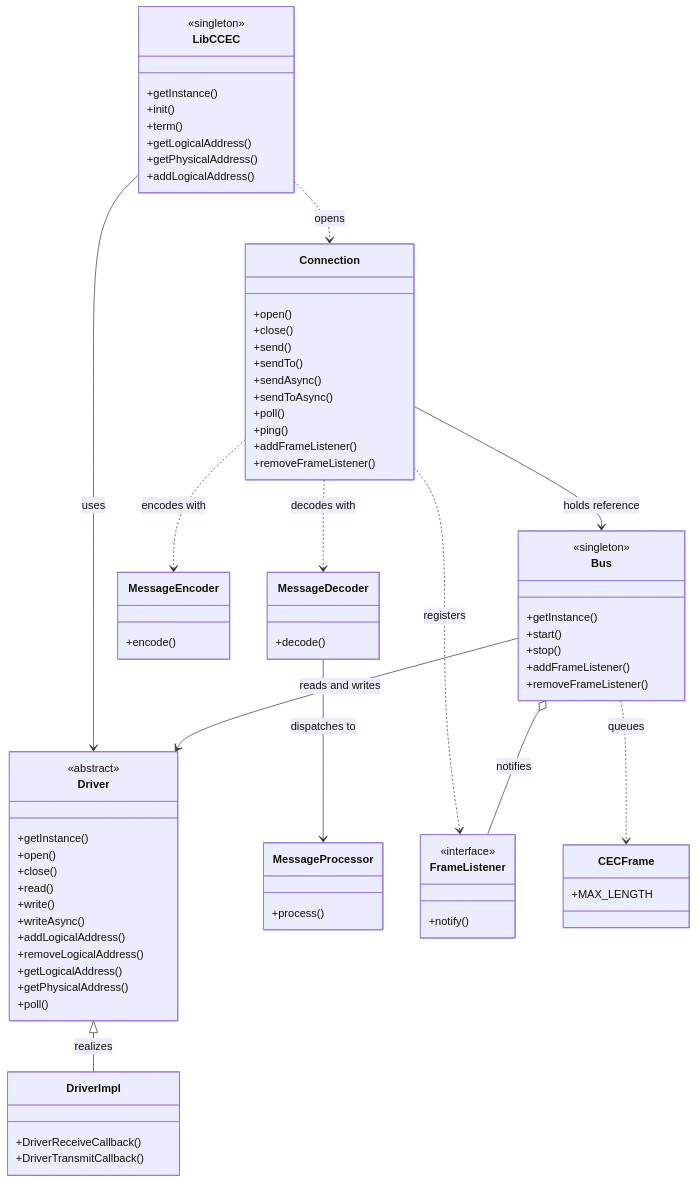
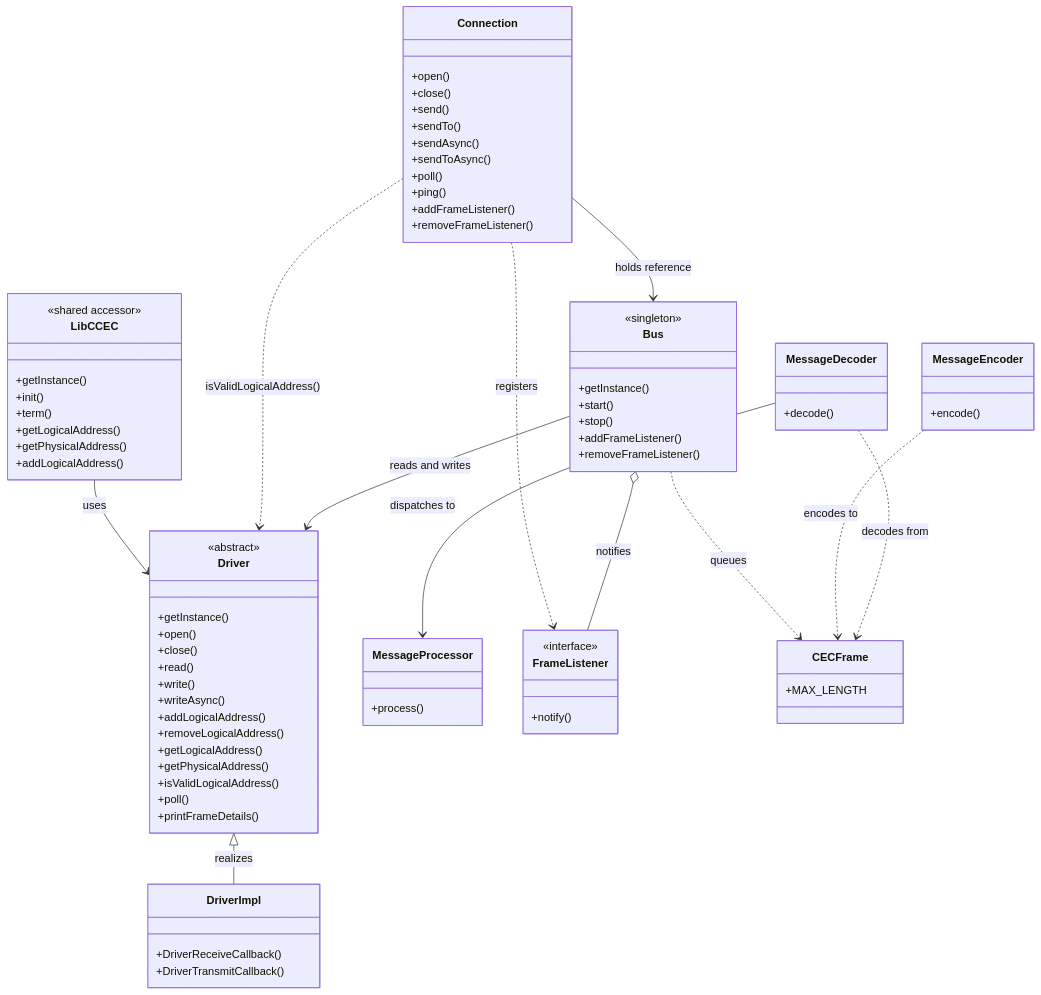
The second of 2 diagrams in docs/architecture/overview.md (Blitzy-Sky/hdmicec), drawn with Mermaid before and after one commit. The commit also changed other lines of this file and 14 other files, not shown here.

````diff
--- a/docs/architecture/overview.md
+++ b/docs/architecture/overview.md
@@ -88,78 +88,80 @@
 ```mermaid
 classDiagram
     class LibCCEC {
-        <<singleton>>
+        <<shared accessor>>
         +getInstance()
         +init()
         +term()
         +getLogicalAddress()
         +getPhysicalAddress()
         +addLogicalAddress()
     }
     class Connection {
         +open()
         +close()
         +send()
         +sendTo()
         +sendAsync()
         +sendToAsync()
         +poll()
         +ping()
         +addFrameListener()
         +removeFrameListener()
     }
     class Bus {
         <<singleton>>
         +getInstance()
         +start()
         +stop()
         +addFrameListener()
         +removeFrameListener()
     }
     class Driver {
         <<abstract>>
         +getInstance()
         +open()
         +close()
         +read()
         +write()
         +writeAsync()
         +addLogicalAddress()
         +removeLogicalAddress()
         +getLogicalAddress()
         +getPhysicalAddress()
+        +isValidLogicalAddress()
         +poll()
+        +printFrameDetails()
     }
     class DriverImpl {
         +DriverReceiveCallback()
         +DriverTransmitCallback()
     }
     class MessageEncoder {
         +encode()
     }
     class MessageDecoder {
         +decode()
     }
     class MessageProcessor {
         +process()
     }
     class FrameListener {
         <<interface>>
         +notify()
     }
     class CECFrame {
         +MAX_LENGTH
     }
 
     LibCCEC --> Driver : uses
-    LibCCEC ..> Connection : opens
     Connection --> Bus : holds reference
-    Connection ..> MessageEncoder : encodes with
-    Connection ..> MessageDecoder : decodes with
+    Connection ..> Driver : isValidLogicalAddress()
     Connection ..> FrameListener : registers
-    MessageDecoder --> MessageProcessor : dispatches to
     Bus --> Driver : reads and writes
     Bus o-- FrameListener : notifies
     Bus ..> CECFrame : queues
     Driver <|-- DriverImpl : realizes
+    MessageEncoder ..> CECFrame : encodes to
+    MessageDecoder ..> CECFrame : decodes from
+    MessageDecoder --> MessageProcessor : dispatches to
 ```
````
